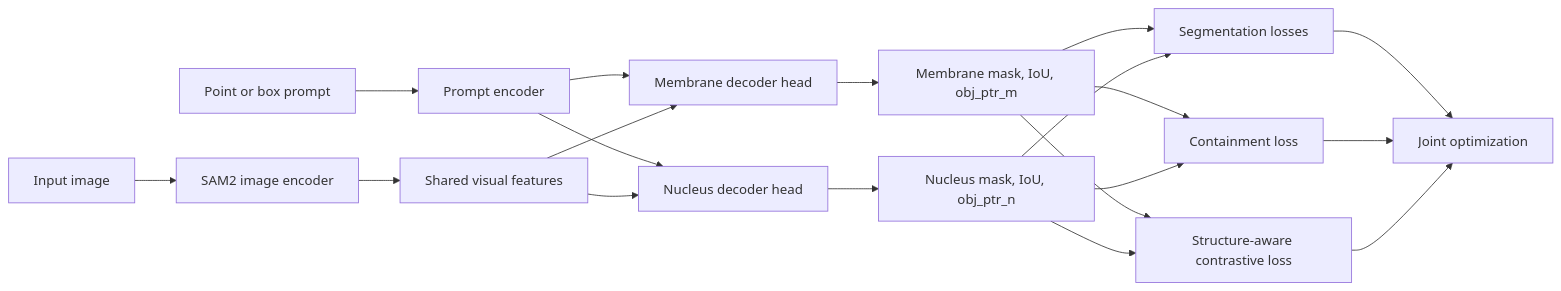
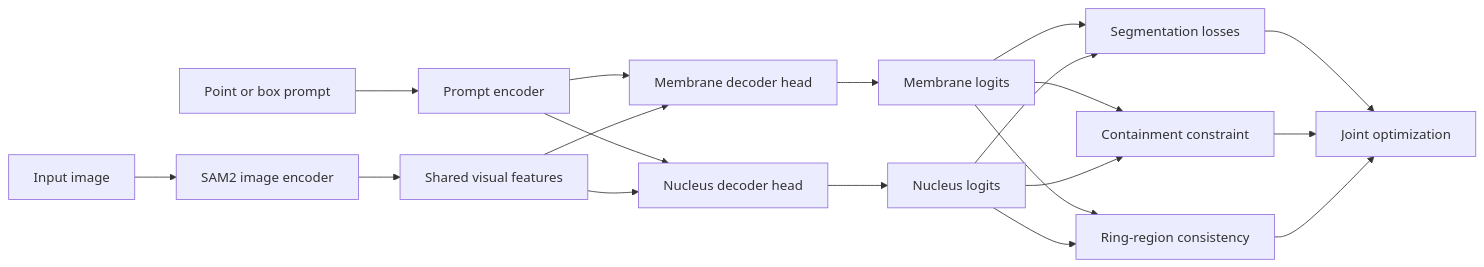
One commit to DZW131/trop2_proj changed the diagram in README.md. Above: the diagram before and after it, drawn with Mermaid. The commit also changed other lines of this file, not shown here.

````diff
--- a/README.md
+++ b/README.md
@@ -17,21 +18,21 @@
 ```mermaid
 flowchart LR
     A["Input image"] --> B["SAM2 image encoder"]
     P["Point or box prompt"] --> C["Prompt encoder"]
     B --> D["Shared visual features"]
     C --> E["Membrane decoder head"]
     C --> F["Nucleus decoder head"]
     D --> E
     D --> F
-    E --> G["Membrane mask, IoU, obj_ptr_m"]
-    F --> H["Nucleus mask, IoU, obj_ptr_n"]
+    E --> G["Membrane logits"]
+    F --> H["Nucleus logits"]
     G --> I["Segmentation losses"]
     H --> I
-    G --> J["Containment loss"]
+    G --> J["Containment constraint"]
     H --> J
-    G --> K["Structure-aware contrastive loss"]
+    G --> K["Ring-region consistency"]
     H --> K
     I --> L["Joint optimization"]
     J --> L
     K --> L
 ```
````
